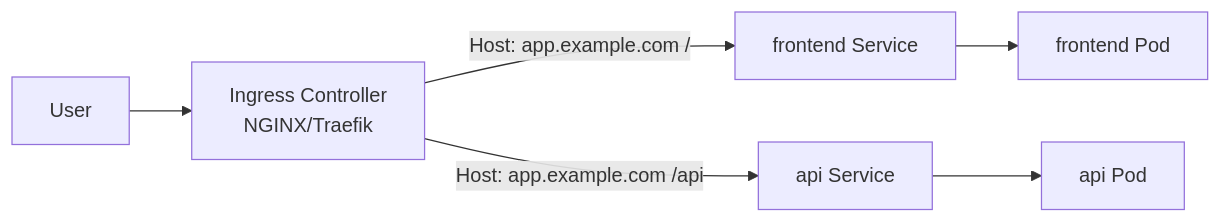
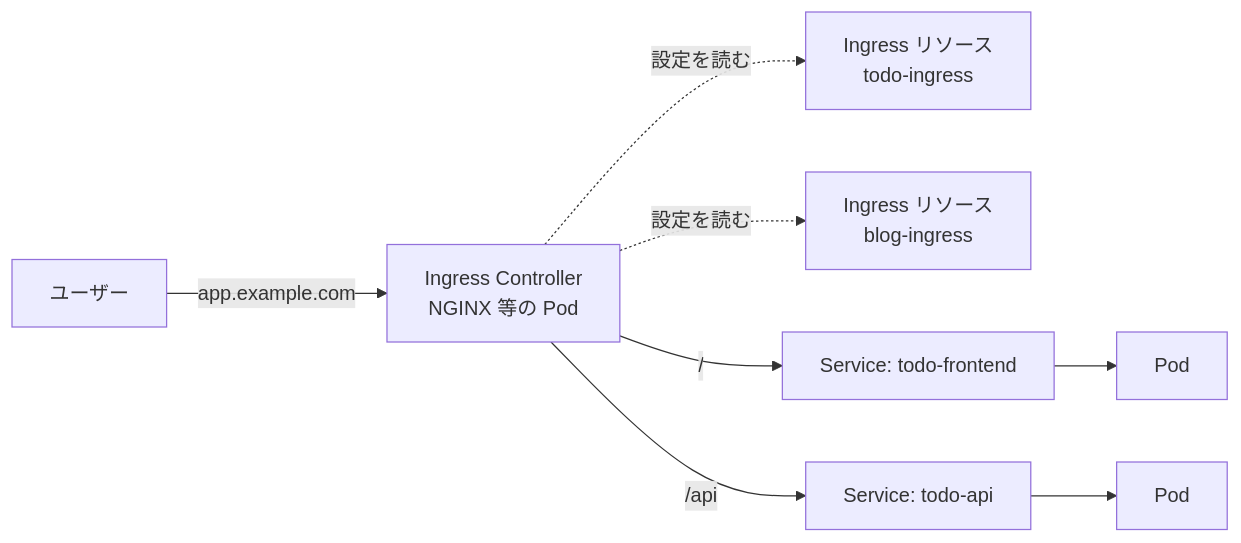
One commit to swallowsaba/introduction-k8s changed the second of 7 diagrams in docs/04-networking/ingress.md. Above: the diagram before and after it, drawn with Mermaid. The commit also changed other lines of this file and 5 other files, not shown here.

````diff
--- a/docs/04-networking/ingress.md
+++ b/docs/04-networking/ingress.md
@@ -21,6 +109,10 @@
 ```mermaid
 flowchart LR
-    user[User] --> ic[Ingress Controller<br>NGINX/Traefik]
-    ic -->|Host: app.example.com / | feSvc[frontend Service] --> fePod[frontend Pod]
-    ic -->|Host: app.example.com /api| apiSvc[api Service] --> apiPod[api Pod]
+    user[ユーザー] -->|app.example.com| ic[Ingress Controller<br>NGINX 等の Pod]
+    ic -.設定を読む.-> ing1[Ingress リソース<br>todo-ingress]
+    ic -.設定を読む.-> ing2[Ingress リソース<br>blog-ingress]
+    ic -->|/| feSvc[Service: todo-frontend]
+    ic -->|/api| apiSvc[Service: todo-api]
+    feSvc --> fePod[Pod]
+    apiSvc --> apiPod[Pod]
 ```
````
